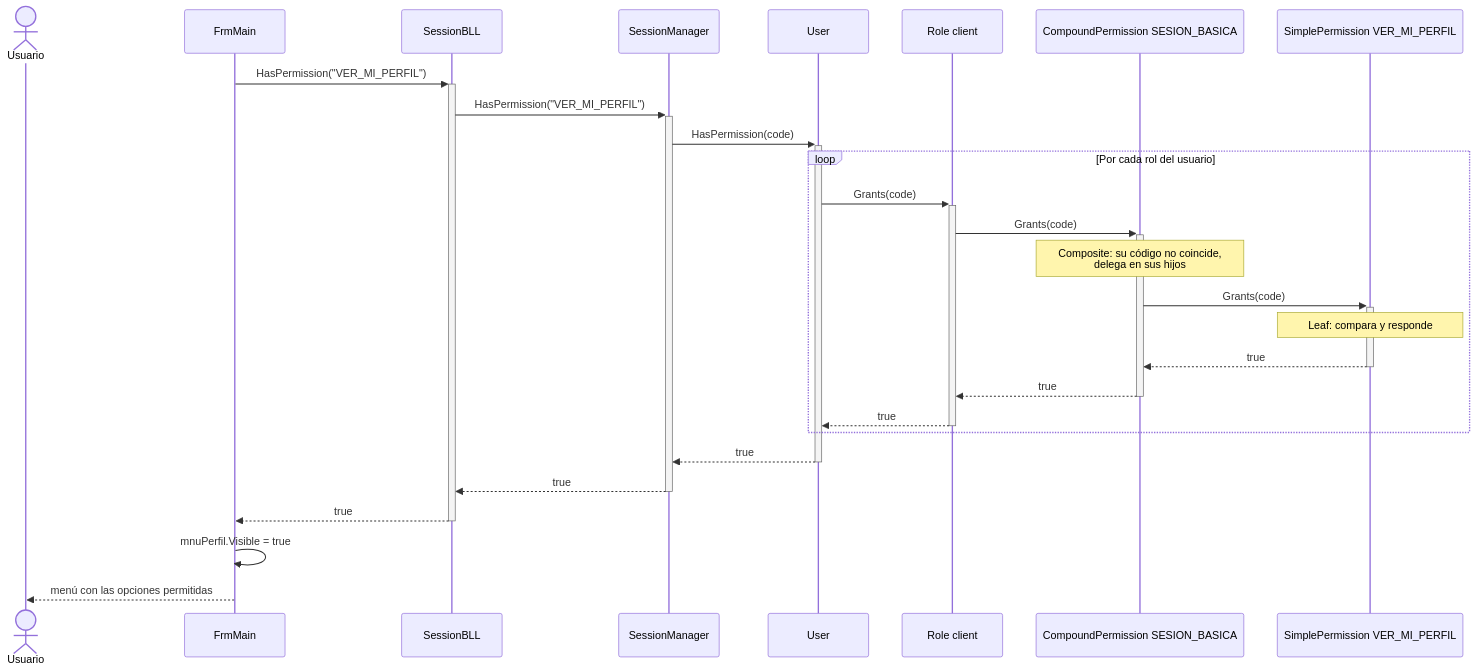
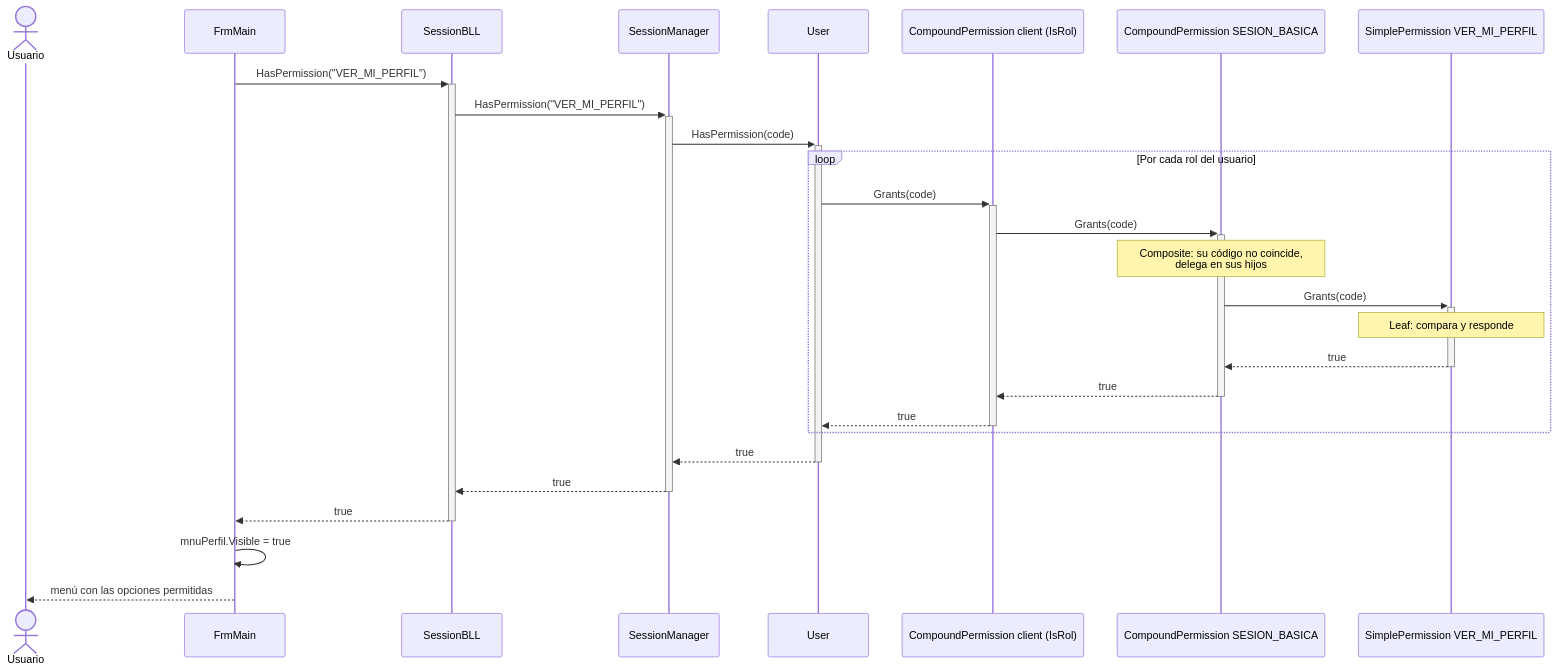
The second of 4 diagrams in docs/ERS - Especificación de Requerimientos Software/DS - Diagramas de secuencia/DS-permisos-composite.md (UAINahueLeandroDefeudi/uai-ing-soft), drawn with Mermaid before and after one commit. The commit also changed other lines of this file and 27 other files, not shown here.

````diff
--- a/docs/ERS - Especificación de Requerimientos Software/DS - Diagramas de secuencia/DS-permisos-composite.md
+++ b/docs/ERS - Especificación de Requerimientos Software/DS - Diagramas de secuencia/DS-permisos-composite.md
@@ -47,30 +46,30 @@
 ```mermaid
 sequenceDiagram
     actor Usuario
     participant UI as FrmMain
     participant SBLL as SessionBLL
     participant SM as SessionManager
     participant U as User
-    participant R as Role client
+    participant R as CompoundPermission client (IsRol)
     participant C as CompoundPermission SESION_BASICA
     participant L as SimplePermission VER_MI_PERFIL
 
     UI->>+SBLL: HasPermission("VER_MI_PERFIL")
     SBLL->>+SM: HasPermission("VER_MI_PERFIL")
     SM->>+U: HasPermission(code)
     loop Por cada rol del usuario
         U->>+R: Grants(code)
         R->>+C: Grants(code)
         Note over C: Composite: su código no coincide,<br/>delega en sus hijos
         C->>+L: Grants(code)
         Note over L: Leaf: compara y responde
         L-->>-C: true
         C-->>-R: true
         R-->>-U: true
     end
     U-->>-SM: true
     SM-->>-SBLL: true
     SBLL-->>-UI: true
     UI->>UI: mnuPerfil.Visible = true
     UI-->>Usuario: menú con las opciones permitidas
 ```
````
